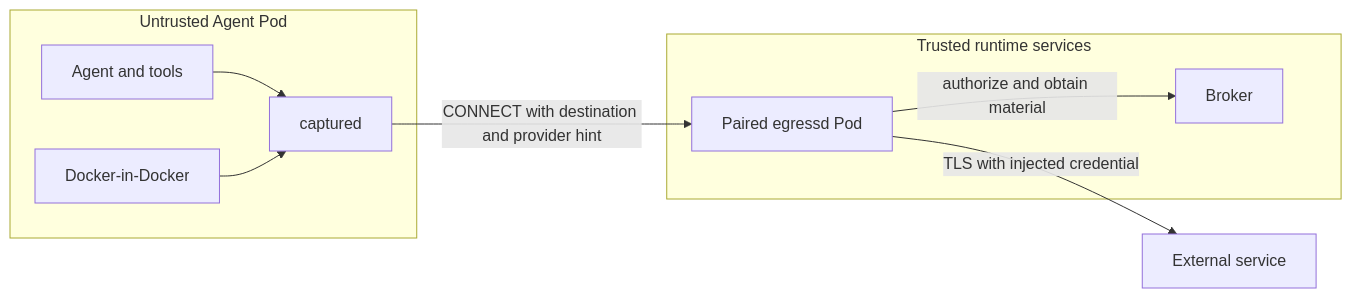
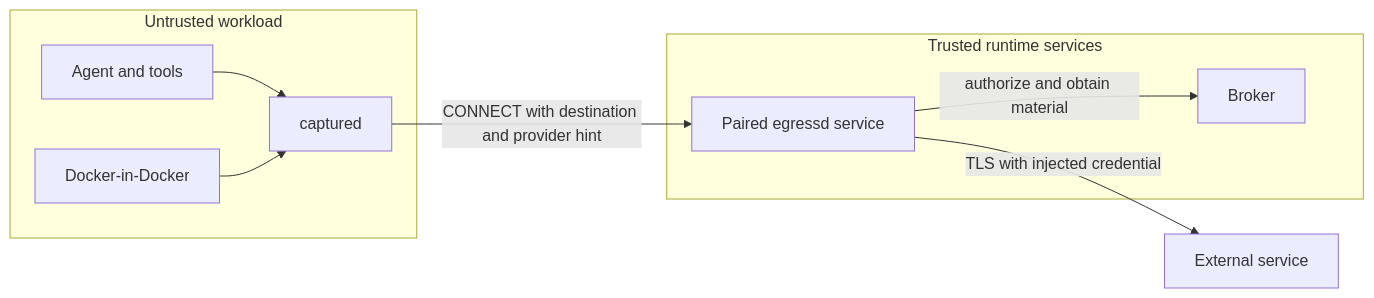
One commit to mirkoSekulic/nvt-agent changed the diagram in docs/transparent-egress-architecture.md. Above: the diagram before and after it, drawn with Mermaid. The commit also changed other lines of this file and 27 other files, not shown here.

````diff
--- a/docs/transparent-egress-architecture.md
+++ b/docs/transparent-egress-architecture.md
@@ -20,19 +20,19 @@
 ```mermaid
 flowchart LR
-    subgraph U[Untrusted Agent Pod]
+    subgraph U[Untrusted workload]
         A[Agent and tools]
         D[Docker-in-Docker]
         C[captured]
         A --> C
         D --> C
     end
 
     subgraph T[Trusted runtime services]
-        E[Paired egressd Pod]
+        E[Paired egressd service]
         B[Broker]
     end
 
     C -->|CONNECT with destination and provider hint| E
     E -->|authorize and obtain material| B
     E -->|TLS with injected credential| X[External service]
 ```
````
